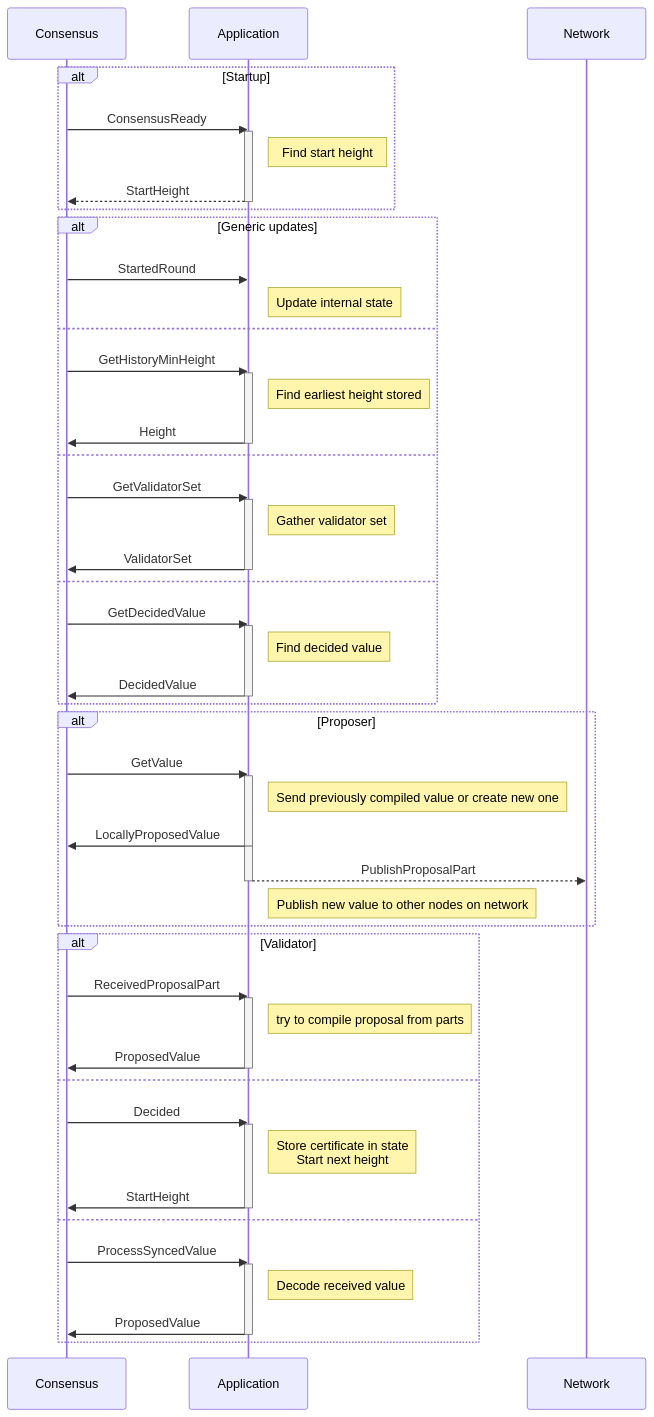
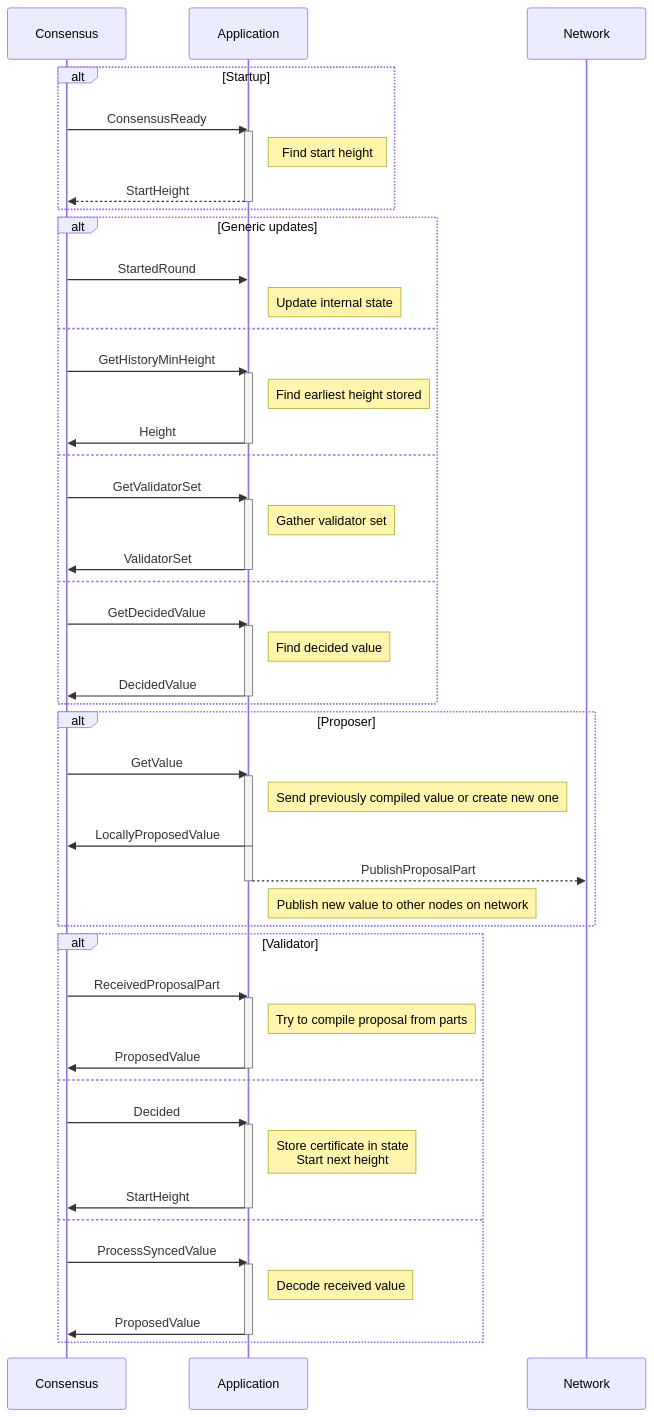
One commit to circlefin/malachite changed the diagram in docs/tutorials/channels.md. Above: the diagram before and after it, drawn with Mermaid.

Commit message:
Fix casing in mermaid diagram

````diff
--- a/docs/tutorials/channels.md
+++ b/docs/tutorials/channels.md
@@ -986,66 +986,66 @@
 ```mermaid
 sequenceDiagram
 
    alt Startup
    Consensus->>Application: ConsensusReady
    activate Application
    note right of Application: Find start height
    Application-->>Consensus: StartHeight
    deactivate Application
    end
 
    alt Generic updates
    Consensus->>Application: StartedRound
    note right of Application: Update internal state
    else
    Consensus->>Application: GetHistoryMinHeight
    activate Application
    note right of Application: Find earliest height stored
    Application->>Consensus: Height
    deactivate Application
    else
    Consensus->>Application: GetValidatorSet
    activate Application
    note right of Application: Gather validator set
    Application->>Consensus: ValidatorSet
    deactivate Application
    else
    Consensus->>Application: GetDecidedValue
    activate Application
    note right of Application: Find decided value
    Application->>Consensus: DecidedValue
    deactivate Application
    end
 
    alt Proposer
    Consensus->>Application: GetValue
    activate Application
    note right of Application: Send previously compiled value or create new one
    Application->>Consensus: LocallyProposedValue
    deactivate Application
    activate Application
    Application-->>Network: PublishProposalPart
    deactivate Application
    note right of Application: Publish new value to other nodes on network
    end
 
    alt Validator
    Consensus->>Application: ReceivedProposalPart
    activate Application
-   note right of Application: try to compile proposal from parts
+   note right of Application: Try to compile proposal from parts
    Application->>Consensus: ProposedValue
    deactivate Application
    else
    Consensus->>Application: Decided
    activate Application
    note right of Application: Store certificate in state<br>Start next height
    Application->>Consensus: StartHeight
    deactivate Application
    else
    Consensus->>Application: ProcessSyncedValue
    activate Application
    note right of Application: Decode received value
    Application->>Consensus: ProposedValue
    deactivate Application
    end
 ```
````
